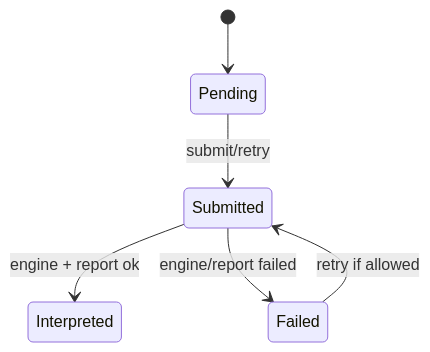
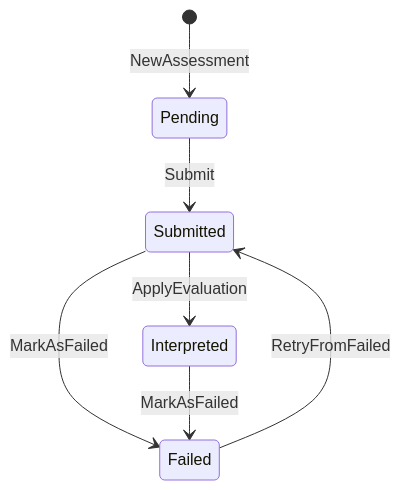
The second of 3 diagrams in docs/02-业务模块/evaluation/01-Assessment状态机.md (FangcunMount/qs-server), drawn with Mermaid before and after one commit. The commit also changed other lines of this file and 8 other files, not shown here.

````diff
--- a/docs/02-业务模块/evaluation/01-Assessment状态机.md
+++ b/docs/02-业务模块/evaluation/01-Assessment状态机.md
@@ -14,8 +135,9 @@
 ```mermaid
 stateDiagram-v2
-    [*] --> Pending
-    Pending --> Submitted: submit/retry
-    Submitted --> Interpreted: engine + report ok
-    Submitted --> Failed: engine/report failed
-    Failed --> Submitted: retry if allowed
+    [*] --> Pending: NewAssessment
+    Pending --> Submitted: Submit
+    Submitted --> Interpreted: ApplyEvaluation
+    Submitted --> Failed: MarkAsFailed
+    Interpreted --> Failed: MarkAsFailed
+    Failed --> Submitted: RetryFromFailed
 ```
````
